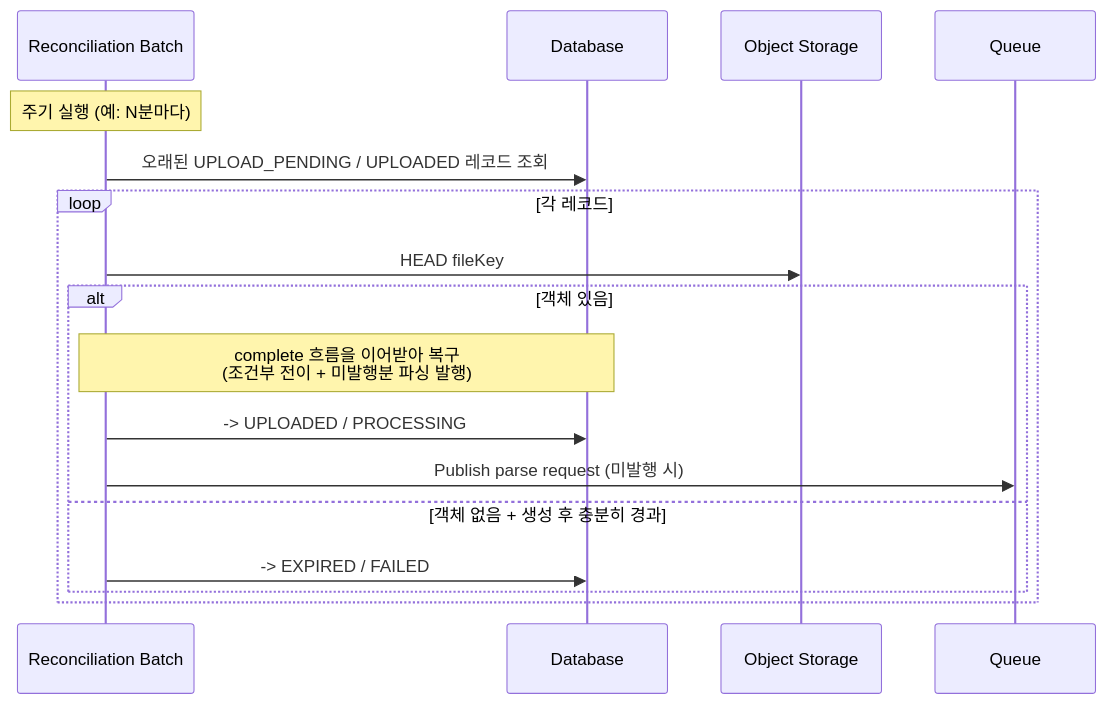
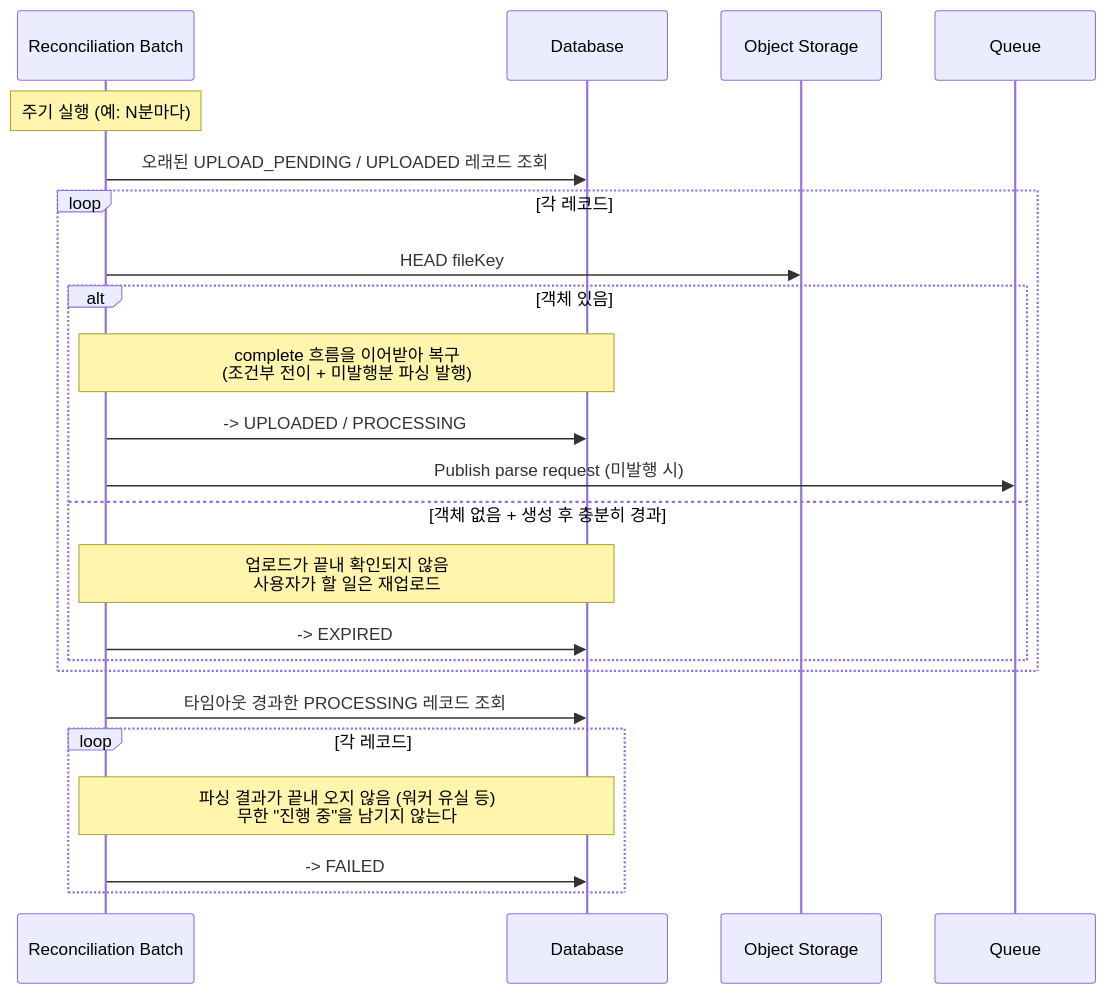
Before and after one commit to team-ymc/project-docs: the second of 2 diagrams in decisions/ADR-001-pdf-upload-presigned-url.md, drawn with Mermaid. The commit also changed other lines of this file and 1 other file, not shown here.

````diff
--- a/decisions/ADR-001-pdf-upload-presigned-url.md
+++ b/decisions/ADR-001-pdf-upload-presigned-url.md
@@ -107,20 +116,28 @@
 ```mermaid
 sequenceDiagram
     participant R as Reconciliation Batch
     participant DB as Database
     participant S3 as Object Storage
     participant Q as Queue
 
     Note over R: 주기 실행 (예: N분마다)
+
     R->>DB: 오래된 UPLOAD_PENDING / UPLOADED 레코드 조회
     loop 각 레코드
         R->>S3: HEAD fileKey
         alt 객체 있음
             Note over R,DB: complete 흐름을 이어받아 복구<br/>(조건부 전이 + 미발행분 파싱 발행)
             R->>DB: -> UPLOADED / PROCESSING
             R->>Q: Publish parse request (미발행 시)
         else 객체 없음 + 생성 후 충분히 경과
-            R->>DB: -> EXPIRED / FAILED
+            Note over R,DB: 업로드가 끝내 확인되지 않음<br/>사용자가 할 일은 재업로드
+            R->>DB: -> EXPIRED
         end
     end
+
+    R->>DB: 타임아웃 경과한 PROCESSING 레코드 조회
+    loop 각 레코드
+        Note over R,DB: 파싱 결과가 끝내 오지 않음 (워커 유실 등)<br/>무한 "진행 중"을 남기지 않는다
+        R->>DB: -> FAILED
+    end
 ```
````
